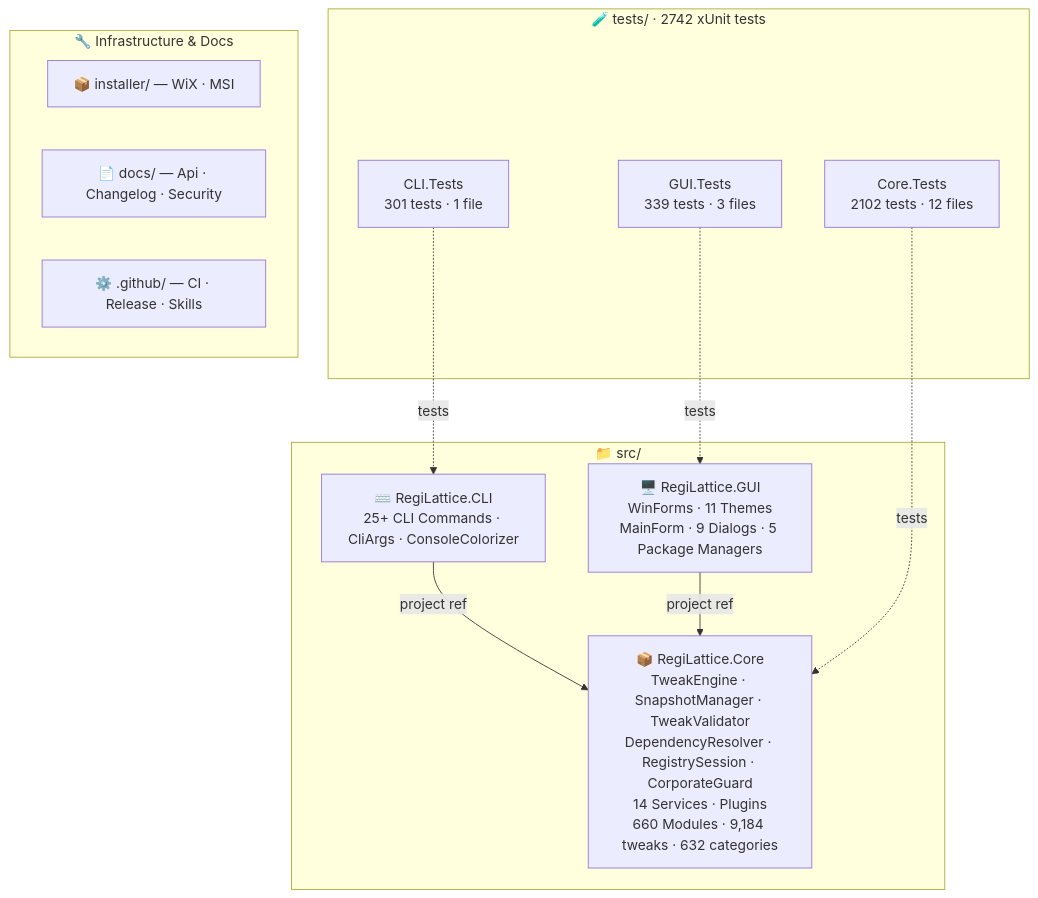
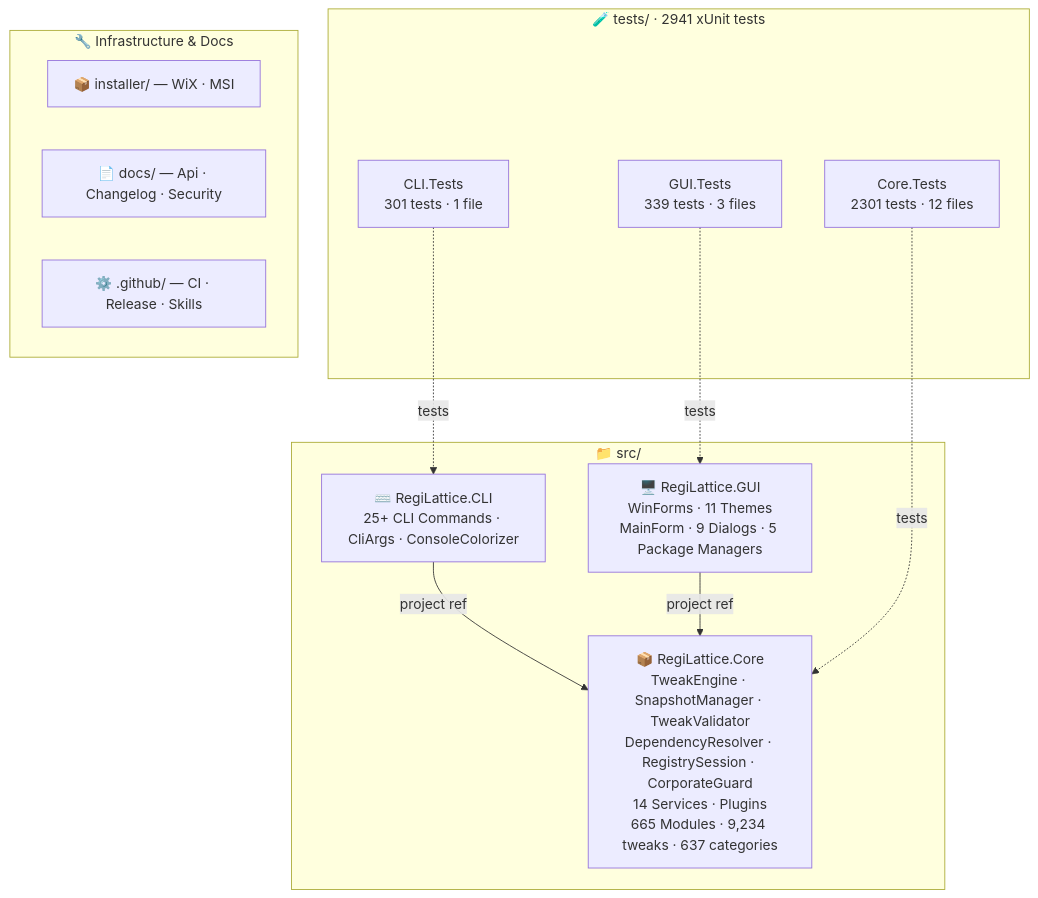
One commit to RajwanYair/RegiLattice changed the second of 2 diagrams in README.md. Above: the diagram before and after it, drawn with Mermaid. The commit also changed other lines of this file and 7 other files, not shown here.

````diff
--- a/README.md
+++ b/README.md
@@ -255,26 +255,26 @@
 ```mermaid
 graph TD
     subgraph SRC["📁 src/"]
-        CORE["📦 RegiLattice.Core<br/>TweakEngine · SnapshotManager · TweakValidator<br/>DependencyResolver · RegistrySession · CorporateGuard<br/>14 Services · Plugins<br/>660 Modules · 9,184 tweaks · 632 categories"]
+        CORE["📦 RegiLattice.Core<br/>TweakEngine · SnapshotManager · TweakValidator<br/>DependencyResolver · RegistrySession · CorporateGuard<br/>14 Services · Plugins<br/>665 Modules · 9,234 tweaks · 637 categories"]
         GUI["🖥️ RegiLattice.GUI<br/>WinForms · 11 Themes<br/>MainForm · 9 Dialogs · 5 Package Managers"]
         CLI["⌨️ RegiLattice.CLI<br/>25+ CLI Commands · CliArgs · ConsoleColorizer"]
     end
 
-    subgraph TST["🧪 tests/  ·  2742 xUnit tests"]
-        CT["Core.Tests<br/>2102 tests · 12 files"]
+    subgraph TST["🧪 tests/  ·  2941 xUnit tests"]
+        CT["Core.Tests<br/>2301 tests · 12 files"]
         CLT["CLI.Tests<br/>301 tests · 1 file"]
         GT["GUI.Tests<br/>339 tests · 3 files"]
     end
 
     subgraph INFRA["🔧 Infrastructure & Docs"]
         INST["📦 installer/ — WiX · MSI"]
         DOCS["📄 docs/ — Api · Changelog · Security"]
         GH["⚙️ .github/ — CI · Release · Skills"]
     end
 
     CLI -->|project ref| CORE
     GUI -->|project ref| CORE
     CT -.->|tests| CORE
     CLT -.->|tests| CLI
     GT -.->|tests| GUI
 ```
````
